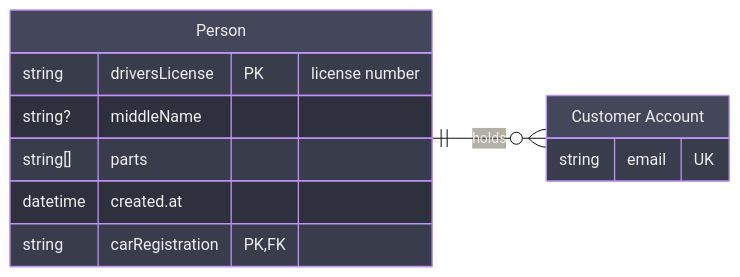
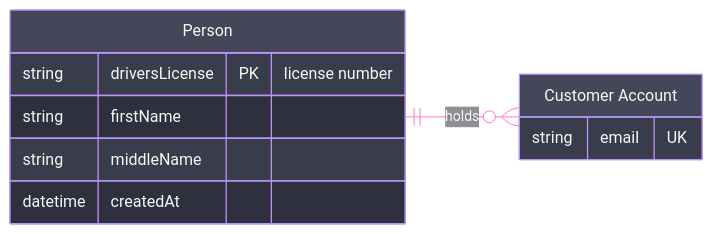
One commit to bsamiee/Rasm changed the fifth of 5 diagrams in .claude/skills/mermaid-diagramming/references/syntax-core.md. Above: the diagram before and after it, drawn with Mermaid. The commit also changed other lines of this file and 50 other files, not shown here.

````diff
--- a/.claude/skills/mermaid-diagramming/references/syntax-core.md
+++ b/.claude/skills/mermaid-diagramming/references/syntax-core.md
@@ -188,31 +239,39 @@
 ```mermaid
 ---
 config:
   theme: base
+  look: classic
   themeVariables:
     darkMode: true
     fontFamily: "SF Mono, Menlo, Cascadia Mono, Segoe UI Mono, Consolas, monospace"
+    useGradient: false
+    dropShadow: "none"
+    background: "#282A36"
     primaryColor: "#44475A"
+    primaryTextColor: "#F8F8F2"
     primaryBorderColor: "#BD93F9"
-    relationColor: "#FF79C6"
+    tertiaryColor: "#21222C"
+    mainBkg: "#44475A"
+    nodeBorder: "#BD93F9"
+    lineColor: "#FF79C6"
     textColor: "#F8F8F2"
-    edgeLabelBackground: "#44475A"
+    edgeLabelBackground: "#21222C"
     attributeBackgroundColorOdd: "#282A36"
     attributeBackgroundColorEven: "#21222C"
+  themeCSS: ".nodeLabel{font-size:12px}.name .nodeLabel{font-size:13px;font-weight:600}.edgeLabel .nodeLabel{font-size:12px;font-weight:500}.relationshipLine{stroke-width:2px}.edge-pattern-dashed{stroke-width:1.5px;stroke-dasharray:6 6}.marker path,.marker circle{transform:scale(.8);transform-origin:5px 5px}.marker circle{fill:#282A36}.node rect,.node path{stroke-width:1.5px;filter:none!important}.er.entityBox{filter:none}"
 ---
 erDiagram
     accTitle: ER attribute grammar demo
-    accDescr: A person holding customer accounts, exercising nullable, array, compound-key, and escaped attribute names.
+    accDescr: A person holding customer accounts with keyed and commented attributes.
     direction LR
     p["Person"] {
         string driversLicense PK "license number"
-        string? middleName
-        string[] parts
-        datetime `created.at`
-        string carRegistration PK, FK
+        string firstName
+        string middleName
+        datetime createdAt
     }
     a["Customer Account"] {
         string email UK
     }
     p only one to zero or more a : holds
 ```
````
